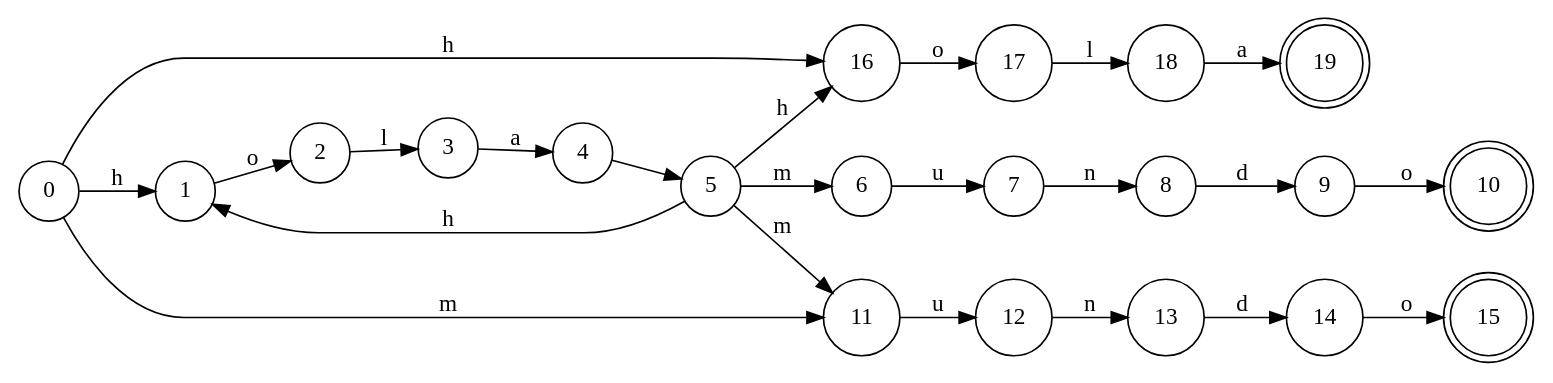
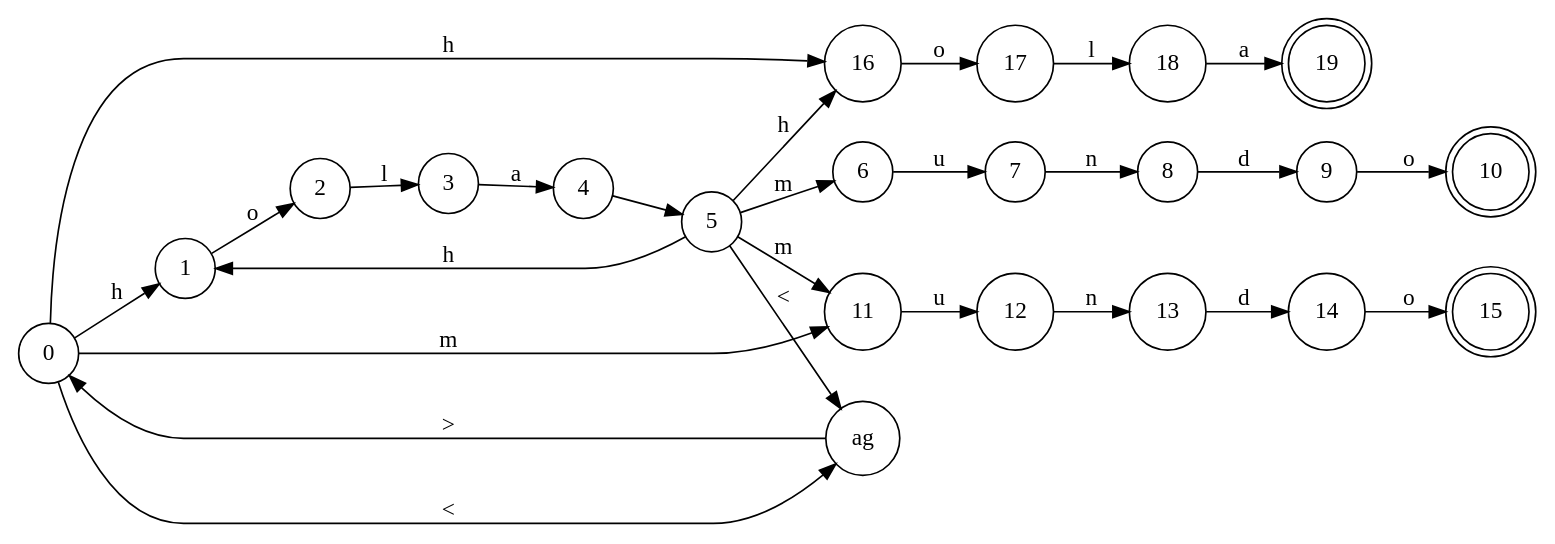
Before and after one commit to GdeAchaval/automaton: the diagram in noDeterminante.dot, drawn with Graphviz. The commit also changed 6 other files, not shown here.

```diff
--- a/noDeterminante.dot
+++ b/noDeterminante.dot
@@ -1,48 +1,52 @@
 digraph {
 rankdir = "LR";
 // NODES
 node [shape=circle] Node_0[label="0"];
 node [shape=circle] Node_1[label="1"];
 node [shape=circle] Node_16[label="16"];
+node [shape=circle] Nodetag[label="ag"];
 node [shape=circle] Node_11[label="11"];
 node [shape=circle] Node_2[label="2"];
 node [shape=circle] Node_17[label="17"];
 node [shape=circle] Node_12[label="12"];
 node [shape=circle] Node_3[label="3"];
 node [shape=circle] Node_18[label="18"];
 node [shape=circle] Node_13[label="13"];
 node [shape=circle] Node_4[label="4"];
 node [shape=doublecircle] Node_19[label="19"];
 node [shape=circle] Node_14[label="14"];
 node [shape=circle] Node_5[label="5"];
 node [shape=doublecircle] Node_15[label="15"];
 node [shape=circle] Node_6[label="6"];
 node [shape=circle] Node_7[label="7"];
 node [shape=circle] Node_8[label="8"];
 node [shape=circle] Node_9[label="9"];
 node [shape=doublecircle] Node_10[label="10"];
 
 // TRANSITIONS
 Node_0 -> Node_1 [label="h"];
 Node_0 -> Node_16 [label="h"];
+Node_0 -> Nodetag [label="<"];
 Node_0 -> Node_11 [label="m"];
 Node_1 -> Node_2 [label="o"];
 Node_16 -> Node_17 [label="o"];
+Nodetag -> Node_0 [label=">"];
 Node_11 -> Node_12 [label="u"];
 Node_2 -> Node_3 [label="l"];
 Node_17 -> Node_18 [label="l"];
 Node_12 -> Node_13 [label="n"];
 Node_3 -> Node_4 [label="a"];
 Node_18 -> Node_19 [label="a"];
 Node_13 -> Node_14 [label="d"];
 Node_4 -> Node_5 [label=" "];
 Node_14 -> Node_15 [label="o"];
 Node_5 -> Node_1 [label="h"];
 Node_5 -> Node_16 [label="h"];
+Node_5 -> Nodetag [label="<"];
 Node_5 -> Node_6 [label="m"];
 Node_5 -> Node_11 [label="m"];
 Node_6 -> Node_7 [label="u"];
 Node_7 -> Node_8 [label="n"];
 Node_8 -> Node_9 [label="d"];
 Node_9 -> Node_10 [label="o"];
 }
```
